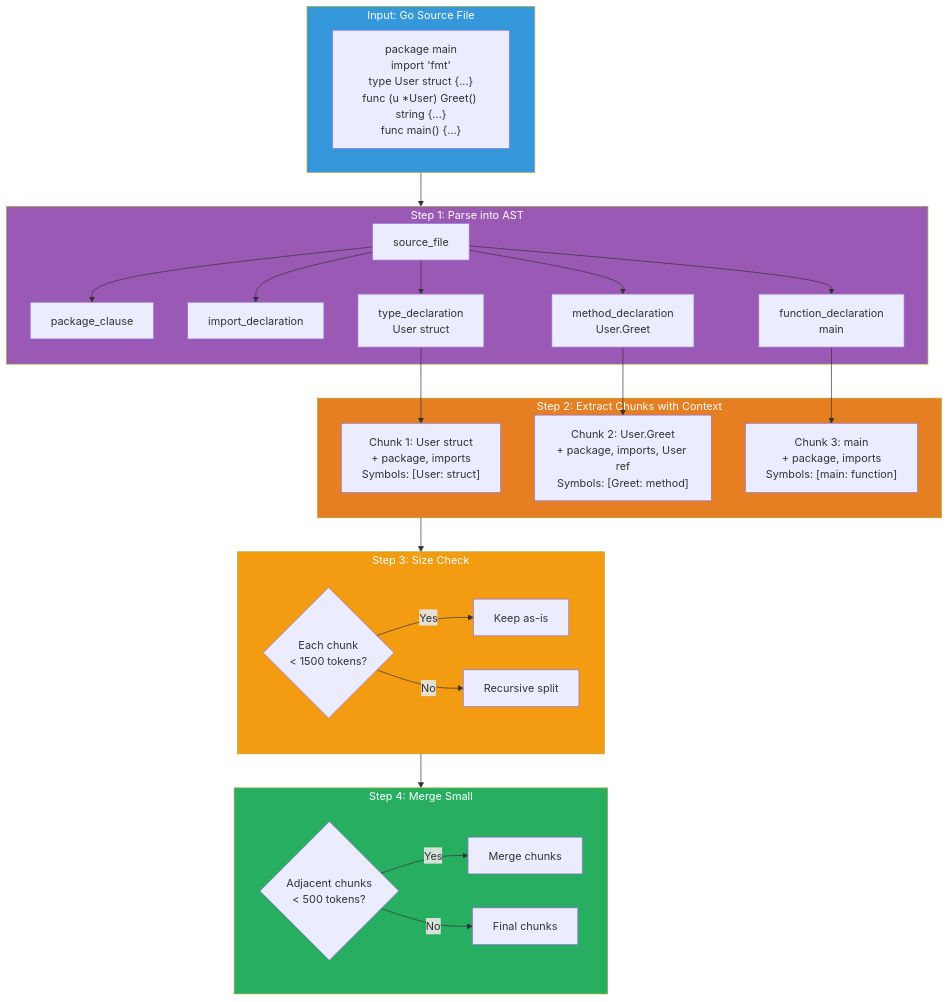
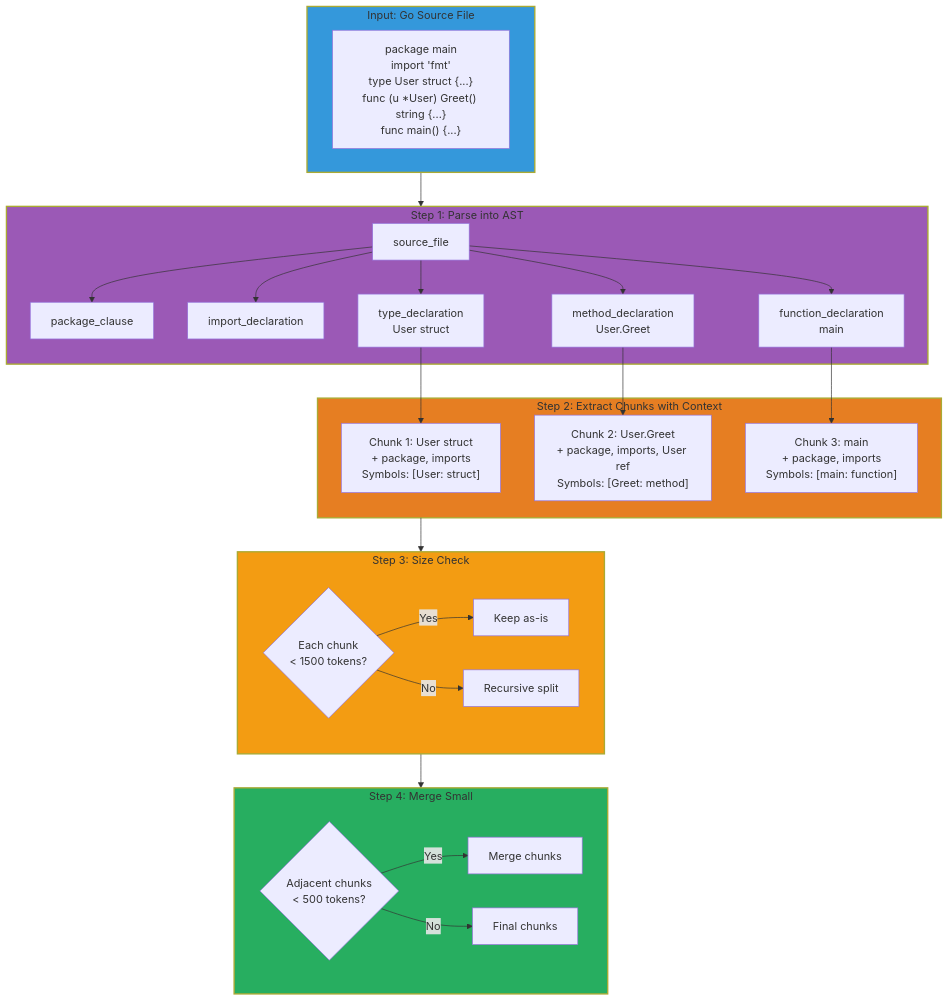
The tenth of 27 diagrams in docs/reference/architecture/architecture.md (sampi02/amanmcp), drawn with Mermaid before and after one commit. The commit also changed other lines of this file and 59 other files, not shown here.

````diff
--- a/docs/reference/architecture/architecture.md
+++ b/docs/reference/architecture/architecture.md
@@ -414,45 +625,45 @@
 ```mermaid
 flowchart TB
     subgraph Input["Input: Go Source File"]
         Code["package main<br/>import 'fmt'<br/>type User struct {...}<br/>func (u *User) Greet() string {...}<br/>func main() {...}"]
     end
 
     subgraph Step1["Step 1: Parse into AST"]
         AST["source_file"]
         AST --> Pkg[package_clause]
         AST --> Imp[import_declaration]
         AST --> Type[type_declaration<br/>User struct]
         AST --> Method[method_declaration<br/>User.Greet]
         AST --> Func[function_declaration<br/>main]
     end
 
     subgraph Step2["Step 2: Extract Chunks with Context"]
         C1["Chunk 1: User struct<br/>+ package, imports<br/>Symbols: [User: struct]"]
         C2["Chunk 2: User.Greet<br/>+ package, imports, User ref<br/>Symbols: [Greet: method]"]
         C3["Chunk 3: main<br/>+ package, imports<br/>Symbols: [main: function]"]
     end
 
     subgraph Step3["Step 3: Size Check"]
         Check{Each chunk<br/>< 1500 tokens?}
         Check -->|Yes| Keep[Keep as-is]
         Check -->|No| Split[Recursive split]
     end
 
     subgraph Step4["Step 4: Merge Small"]
         Merge{Adjacent chunks<br/>< 500 tokens?}
         Merge -->|Yes| Combine[Merge chunks]
         Merge -->|No| Final[Final chunks]
     end
 
     Input --> Step1
     Type --> C1
     Method --> C2
     Func --> C3
     Step2 --> Step3 --> Step4
 
-    style Input fill:#3498db,color:#fff
-    style Step1 fill:#9b59b6,color:#fff
-    style Step2 fill:#e67e22,color:#fff
-    style Step3 fill:#f39c12,color:#fff
-    style Step4 fill:#27ae60,color:#fff
+    style Input fill:#3498db,stroke-width:2px
+    style Step1 fill:#9b59b6,stroke-width:2px
+    style Step2 fill:#e67e22,stroke-width:2px
+    style Step3 fill:#f39c12,stroke-width:2px
+    style Step4 fill:#27ae60,stroke-width:2px
 ```
````
